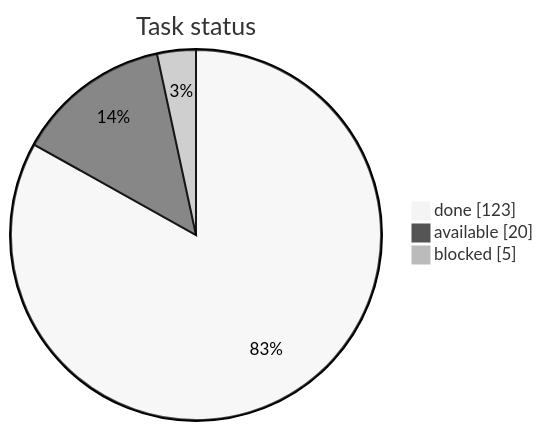
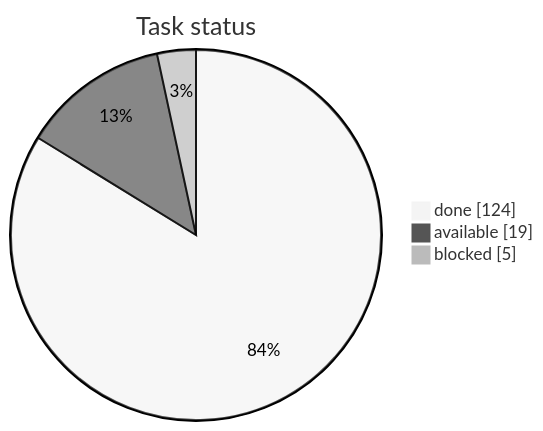
The first of 3 diagrams in STATUS.md (artemiiShabanov/RallyRivals), drawn with Mermaid (neutral theme) before and after one commit. The commit also changed other lines of this file and 6 other files, not shown here.

````diff
--- a/STATUS.md
+++ b/STATUS.md
@@ -7,7 +7,7 @@
 ```mermaid
 pie showData
     title Task status
-    "done" : 123
-    "available" : 20
+    "done" : 124
+    "available" : 19
     "blocked" : 5
 ```
````
